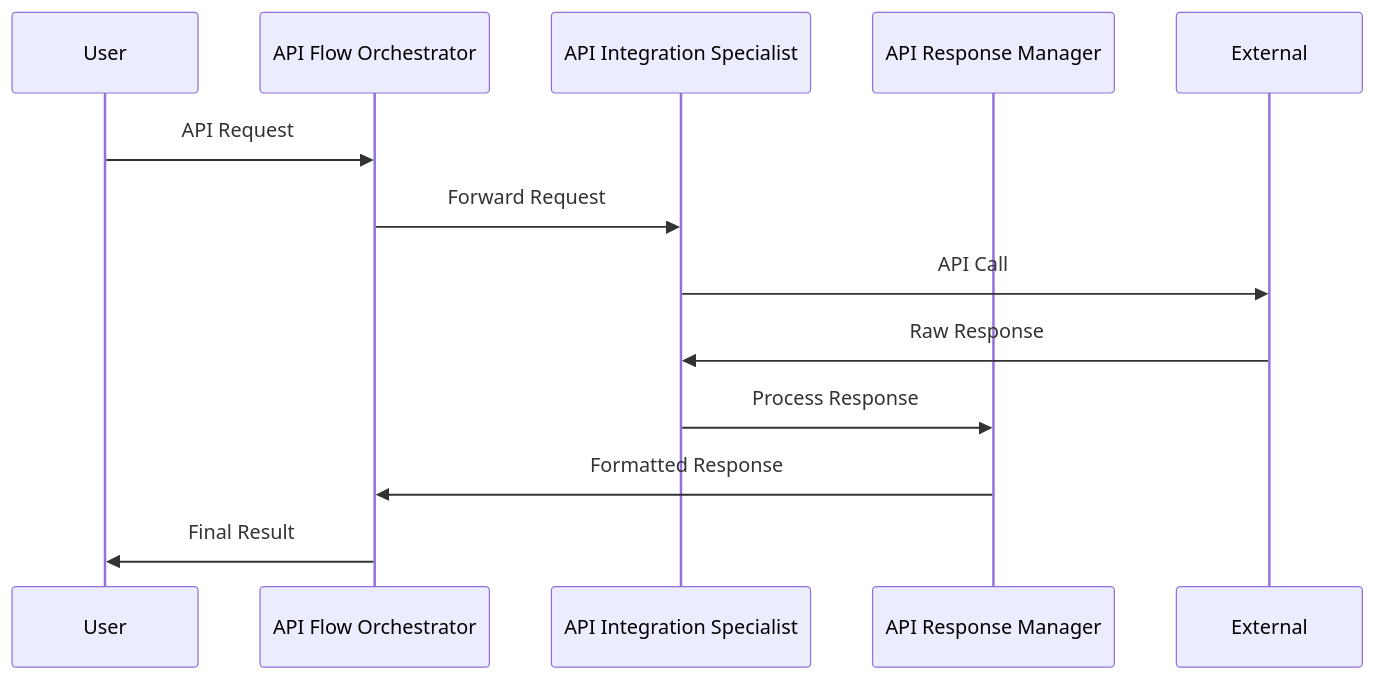
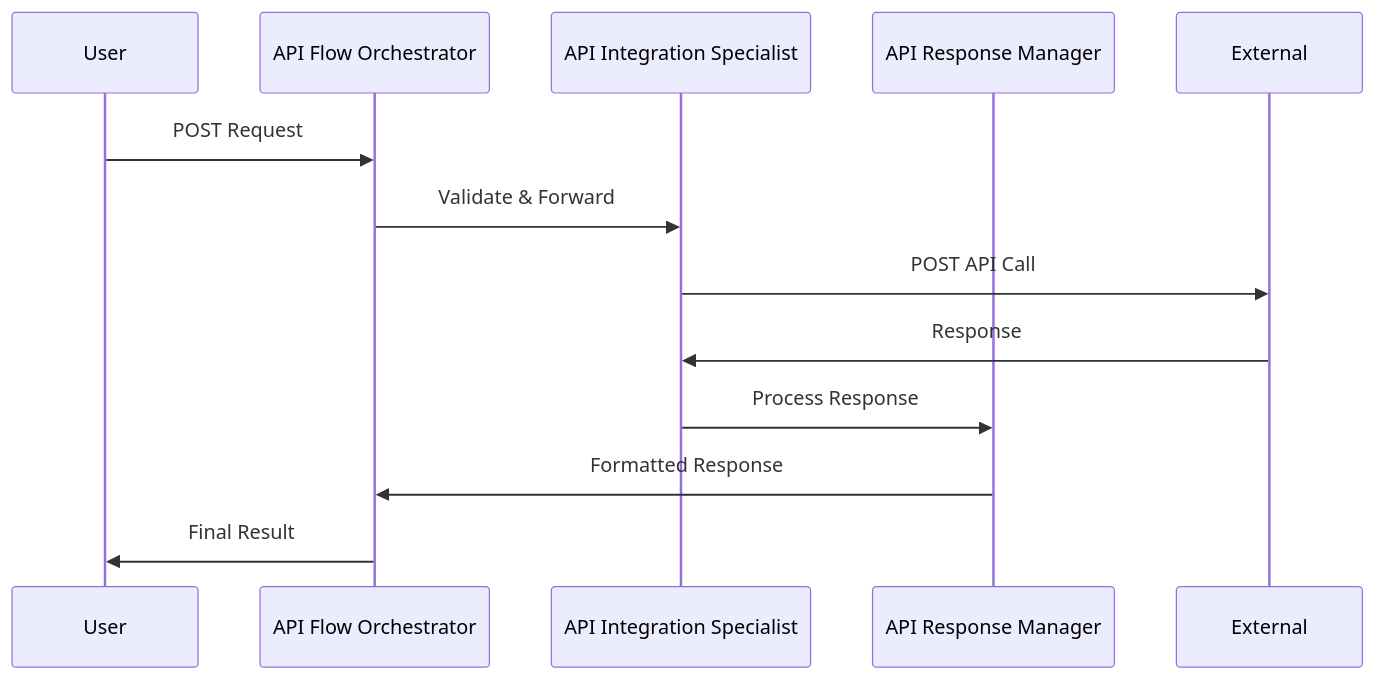
The second of 3 diagrams in apiExpert/ApiFlowArchitecture.md (Martinb113/AgentWorld), drawn with Mermaid before and after one commit. The commit also changed other lines of this file and 5 other files, not shown here.

Commit message:
Refactor API Expert flow with detailed GET and POST operation descriptions

````diff
--- a/apiExpert/ApiFlowArchitecture.md
+++ b/apiExpert/ApiFlowArchitecture.md
@@ -32,15 +68,15 @@
 ```mermaid
 sequenceDiagram
     participant User
     participant AFO as API Flow Orchestrator
     participant AIS as API Integration Specialist
     participant ARM as API Response Manager
 
-    User->>AFO: API Request
-    AFO->>AIS: Forward Request
-    AIS->>External: API Call
-    External->>AIS: Raw Response
+    User->>AFO: POST Request
+    AFO->>AIS: Validate & Forward
+    AIS->>External: POST API Call
+    External->>AIS: Response
     AIS->>ARM: Process Response
     ARM->>AFO: Formatted Response
     AFO->>User: Final Result
 ```
````
